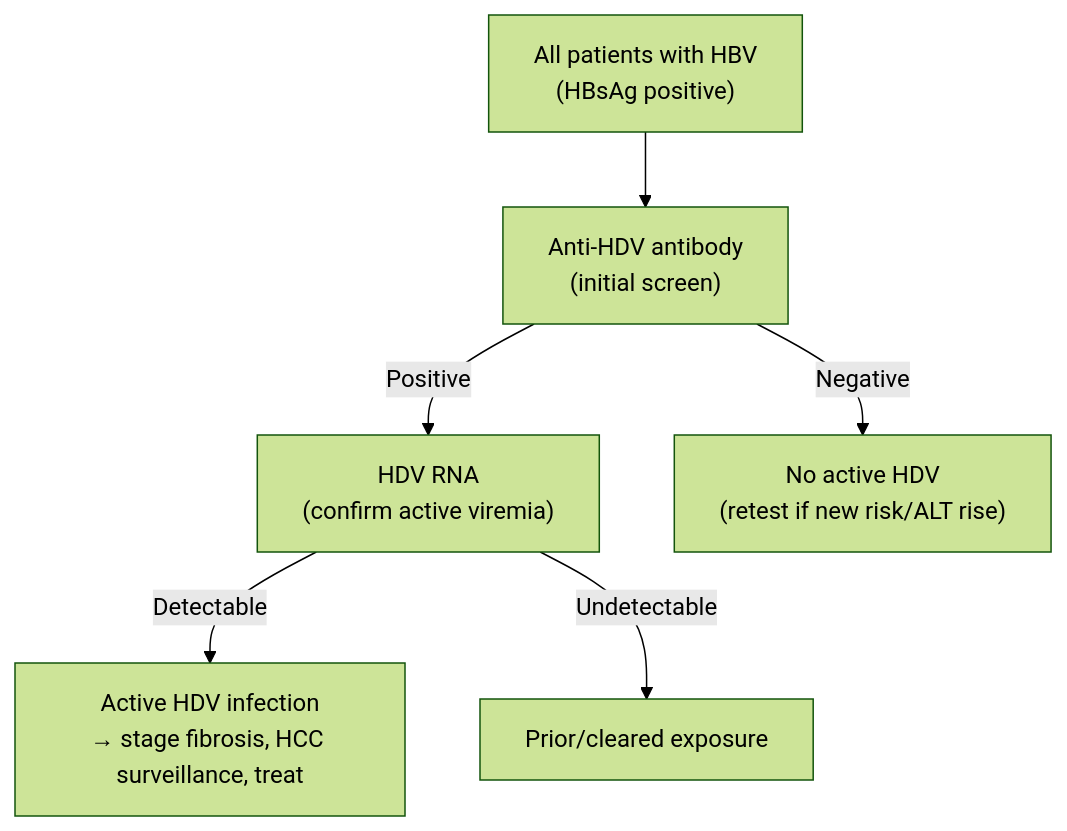
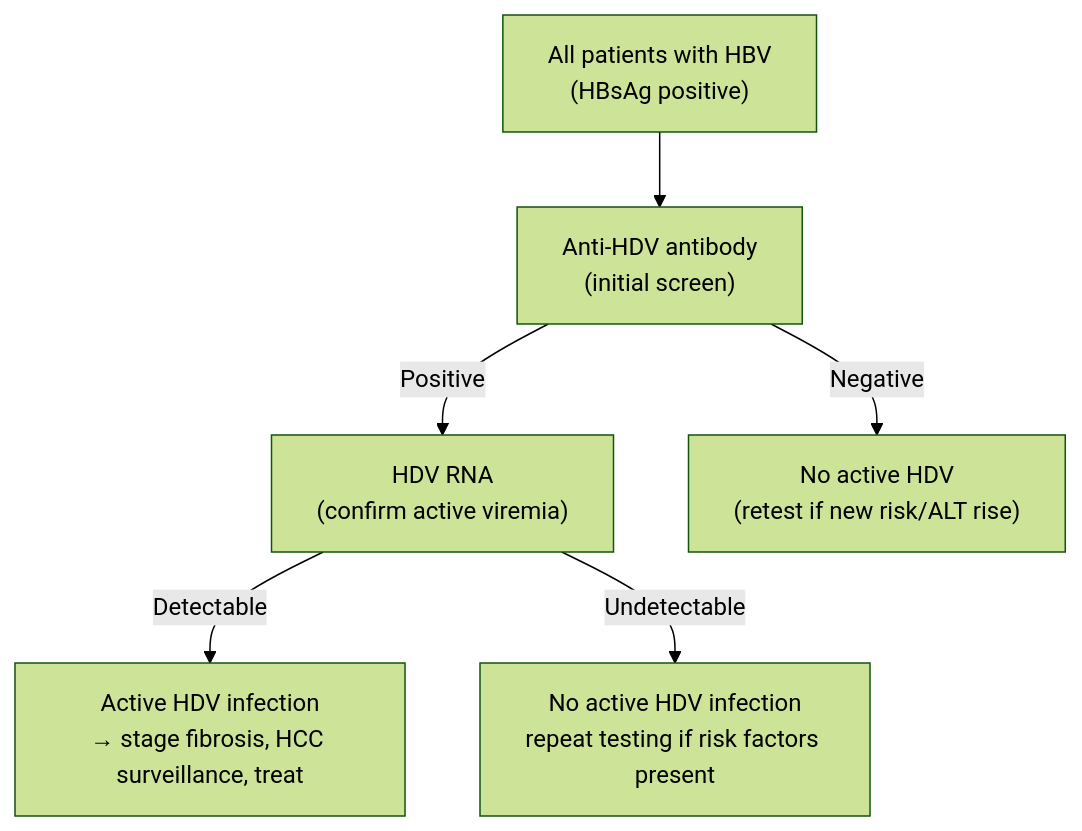
One commit to KHNickLeMD/KHNL-GI-Wiki changed the diagram in KHNL-GI-Wiki/wiki/1-disease-scripts/hepatology-diseases/hepatitis-d.md. Above: the diagram before and after it, drawn with Mermaid (forest theme). The commit also changed other lines of this file and 16 other files, not shown here.

````diff
--- a/KHNL-GI-Wiki/wiki/1-disease-scripts/hepatology-diseases/hepatitis-d.md
+++ b/KHNL-GI-Wiki/wiki/1-disease-scripts/hepatology-diseases/hepatitis-d.md
@@ -81,8 +81,8 @@
 ```mermaid
 flowchart TD
     A["All patients with HBV<br/>(HBsAg positive)"] --> B["Anti-HDV antibody<br/>(initial screen)"]
     B -->|Positive| C["HDV RNA<br/>(confirm active viremia)"]
     B -->|Negative| D["No active HDV<br/>(retest if new risk/ALT rise)"]
     C -->|Detectable| E["Active HDV infection<br/>→ stage fibrosis, HCC surveillance, treat"]
-    C -->|Undetectable| F["Prior/cleared exposure"]
+    C -->|Undetectable| F["No active HDV infection<br/>repeat testing if risk factors present"]
 ```
````
